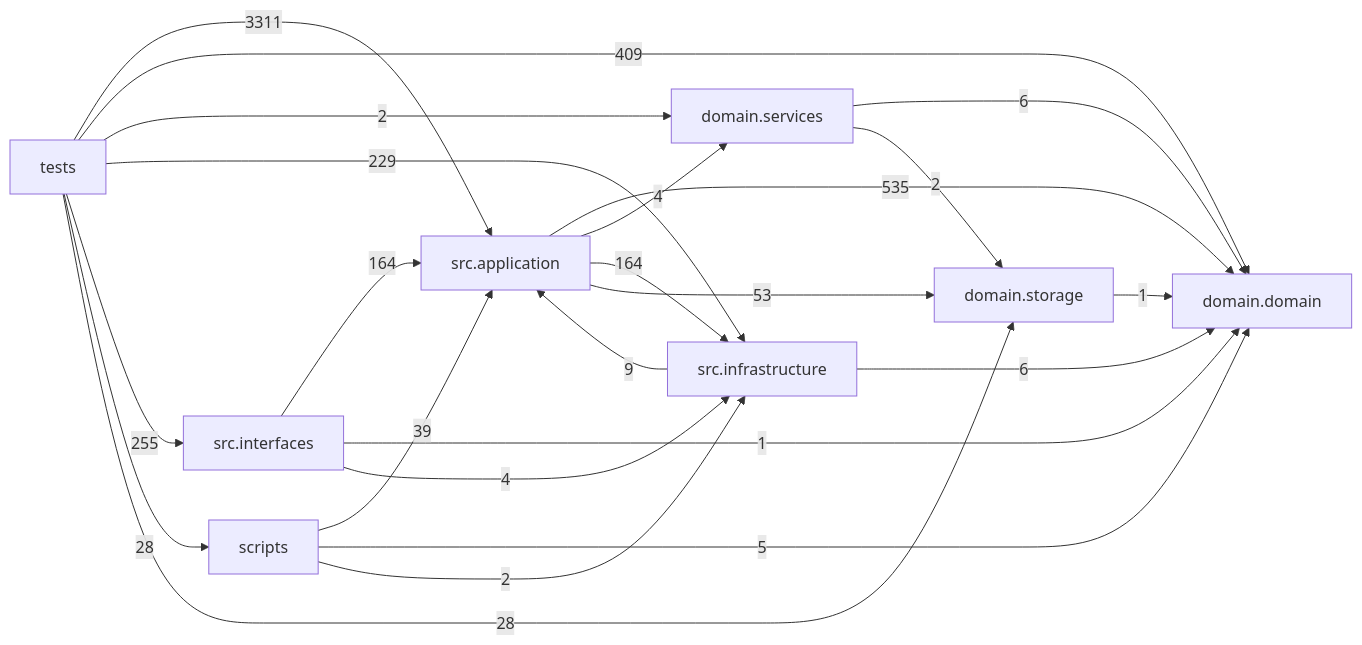
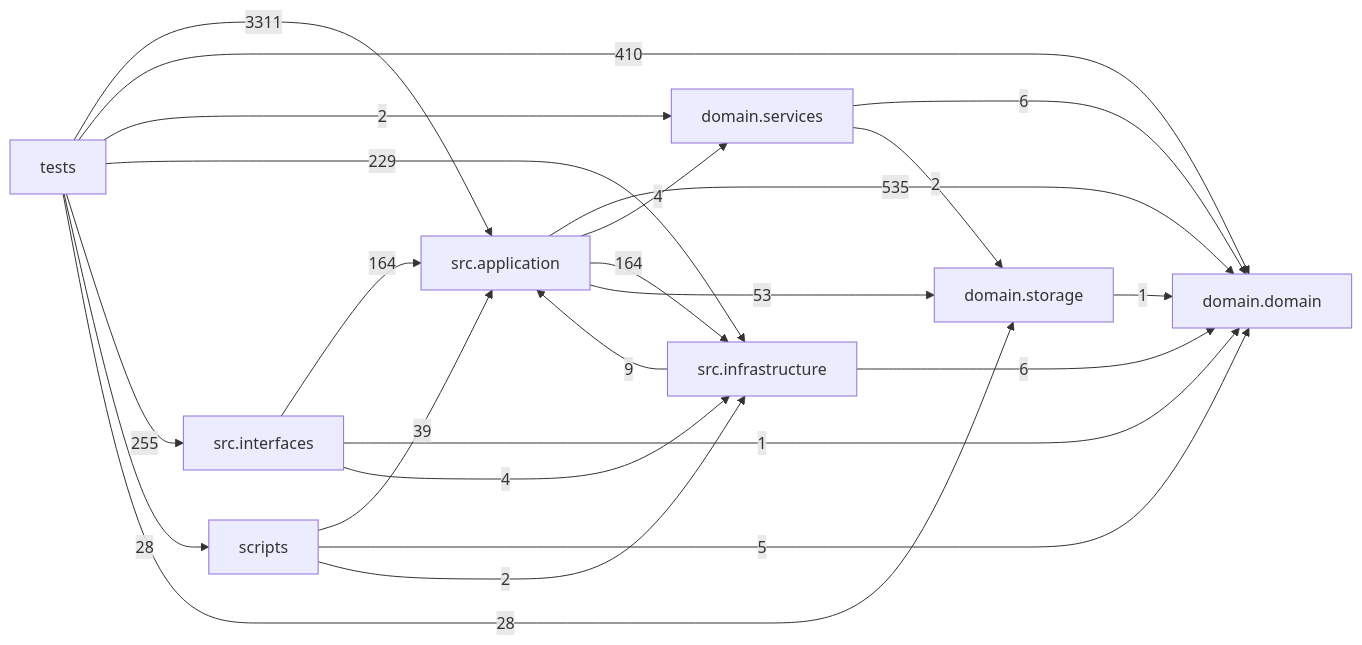
Before and after one commit to liuxie066/options-monitor: the diagram in docs/DEPENDENCY_GRAPH.md, drawn with Mermaid. The commit also changed other lines of this file and 4 other files, not shown here.

````diff
--- a/docs/DEPENDENCY_GRAPH.md
+++ b/docs/DEPENDENCY_GRAPH.md
@@ -24,33 +24,33 @@
 ```mermaid
 flowchart LR
   tests["tests"]
   scripts["scripts"]
   interfaces["src.interfaces"]
   application["src.application"]
   infrastructure["src.infrastructure"]
   domain_services["domain.services"]
   domain["domain.domain"]
   storage["domain.storage"]
   application -->|535| domain
   application -->|4| domain_services
   application -->|164| infrastructure
   application -->|53| storage
   domain_services -->|6| domain
   domain_services -->|2| storage
   infrastructure -->|9| application
   infrastructure -->|6| domain
   interfaces -->|164| application
   interfaces -->|1| domain
   interfaces -->|4| infrastructure
   scripts -->|39| application
   scripts -->|5| domain
   scripts -->|2| infrastructure
   storage -->|1| domain
   tests -->|3311| application
-  tests -->|409| domain
+  tests -->|410| domain
   tests -->|2| domain_services
   tests -->|229| infrastructure
   tests -->|255| interfaces
   tests -->|28| scripts
   tests -->|28| storage
 ```
````
